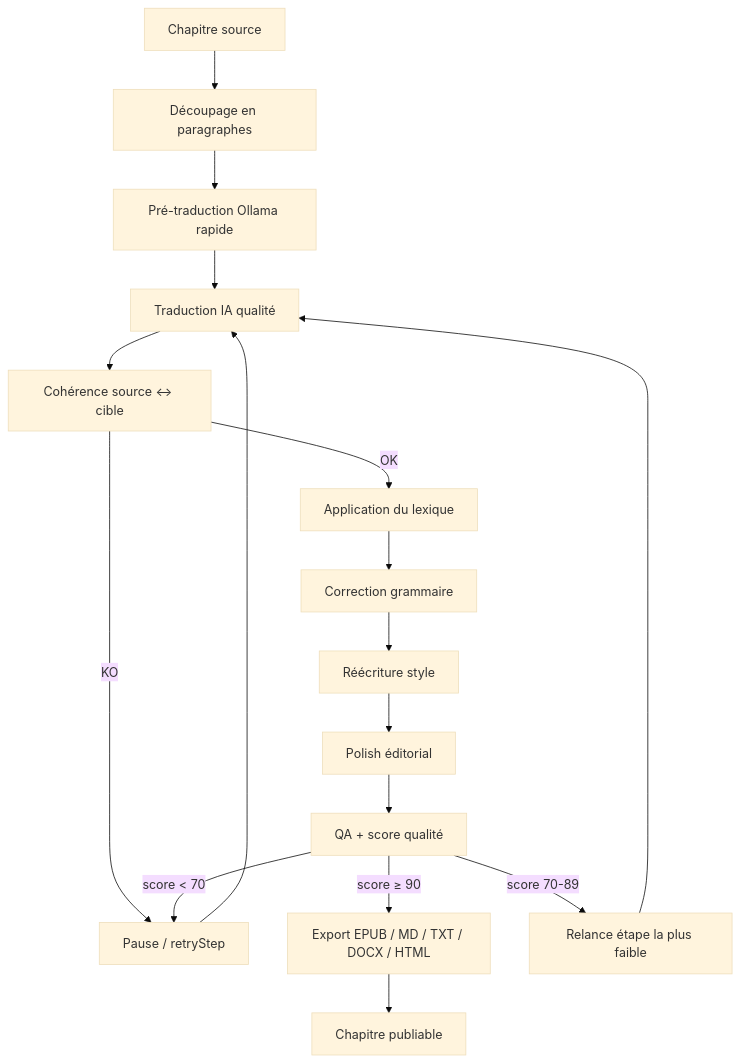
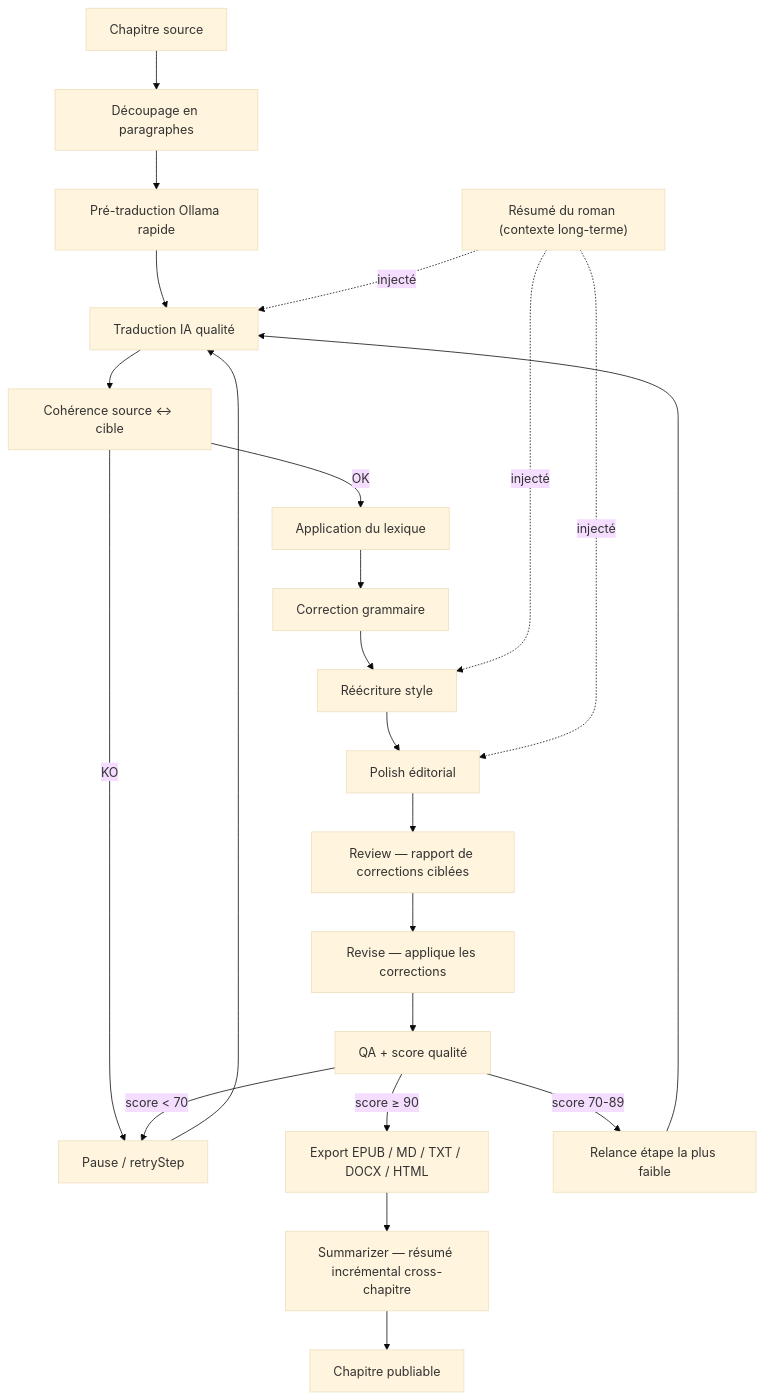
The diagram in docs/volumes/07-Workflow.md (Balrog57/noveltrad), drawn with Mermaid (base theme) before and after one commit. The commit also changed other lines of this file and 55 other files, not shown here.

First line of the commit message:
feat(v2.1.5): boucle de révision pro + Summarizer cross-chapitre + câblage plugin

````diff
--- a/docs/volumes/07-Workflow.md
+++ b/docs/volumes/07-Workflow.md
@@ -9,19 +9,25 @@
 ```mermaid
 flowchart TD
     A["Chapitre source"] --> B["Découpage en paragraphes"]
     B --> C["Pré-traduction Ollama rapide"]
     C --> D["Traduction IA qualité"]
     D --> E["Cohérence source ↔ cible"]
     E -->|OK| F["Application du lexique"]
     E -->|KO| P["Pause / retryStep"]
     F --> G["Correction grammaire"]
     G --> H["Réécriture style"]
     H --> I["Polish éditorial"]
-    I --> J["QA + score qualité"]
+    I --> R["Review — rapport de corrections ciblées"]
+    R --> RV["Revise — applique les corrections"]
+    RV --> J["QA + score qualité"]
     J -->|score ≥ 90| K["Export EPUB / MD / TXT / DOCX / HTML"]
     J -->|score 70-89| L["Relance étape la plus faible"]
     J -->|score < 70| P
     P --> D
     L --> D
-    K --> M["Chapitre publiable"]
+    K --> S["Summarizer — résumé incrémental cross-chapitre"]
+    S --> M["Chapitre publiable"]
+    N["Résumé du roman (contexte long-terme)"] -.injecté.-> D
+    N -.injecté.-> H
+    N -.injecté.-> I
 ```
````
